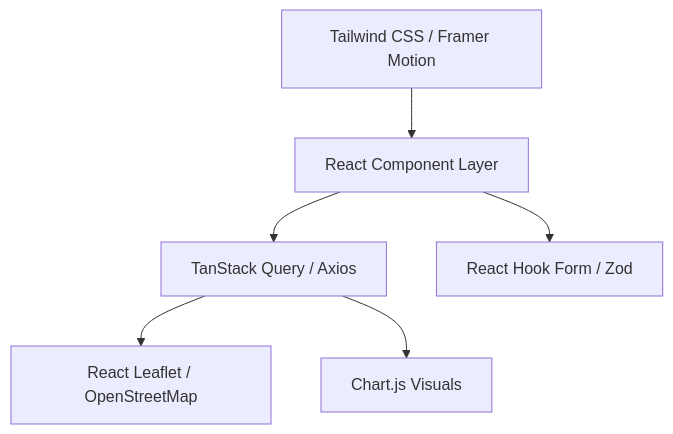
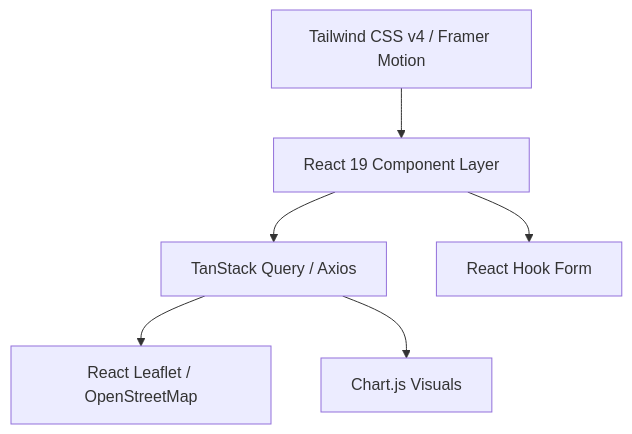
Before and after one commit to bitsy6699/WebDesa: the first of 5 diagrams in docs/engineering/TECH_STACK.md, drawn with Mermaid. The commit also changed other lines of this file and 545 other files, not shown here.

````diff
--- a/docs/engineering/TECH_STACK.md
+++ b/docs/engineering/TECH_STACK.md
@@ -146,8 +140,8 @@
 ```mermaid
 graph TD
-    UI[Tailwind CSS / Framer Motion] --> React[React Component Layer]
+    UI[Tailwind CSS v4 / Framer Motion] --> React[React 19 Component Layer]
     React --> Queries[TanStack Query / Axios]
     Queries --> Maps[React Leaflet / OpenStreetMap]
     Queries --> Chart[Chart.js Visuals]
-    React --> Forms[React Hook Form / Zod]
+    React --> Forms[React Hook Form]
 ```
````
